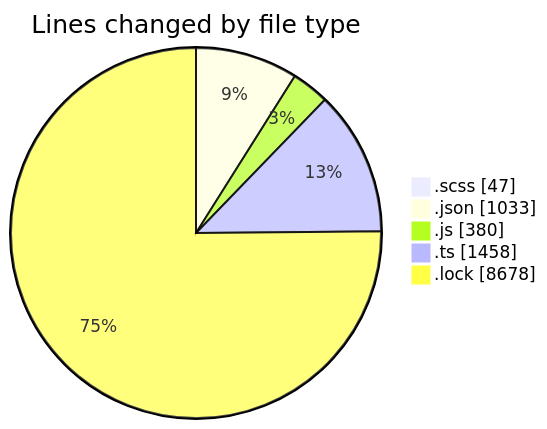
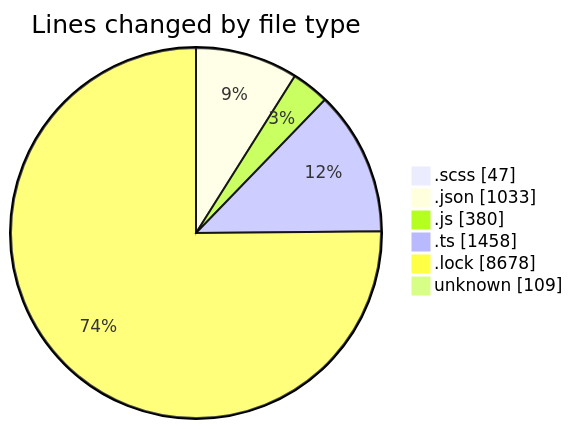
Before and after one commit to momahboobian/code-tracking: the first of 2 diagrams in 2026-04-21/cda/README.md, drawn with Mermaid. The commit also changed other lines of this file and 1 other file, not shown here.

````diff
--- a/2026-04-21/cda/README.md
+++ b/2026-04-21/cda/README.md
@@ -43,9 +44,10 @@
 ```mermaid
 pie showData
 title Lines changed by file type
 ".scss" : 47
 ".json" : 1033
 ".js" : 380
 ".ts" : 1458
 ".lock" : 8678
+"unknown" : 109
 ```
````
